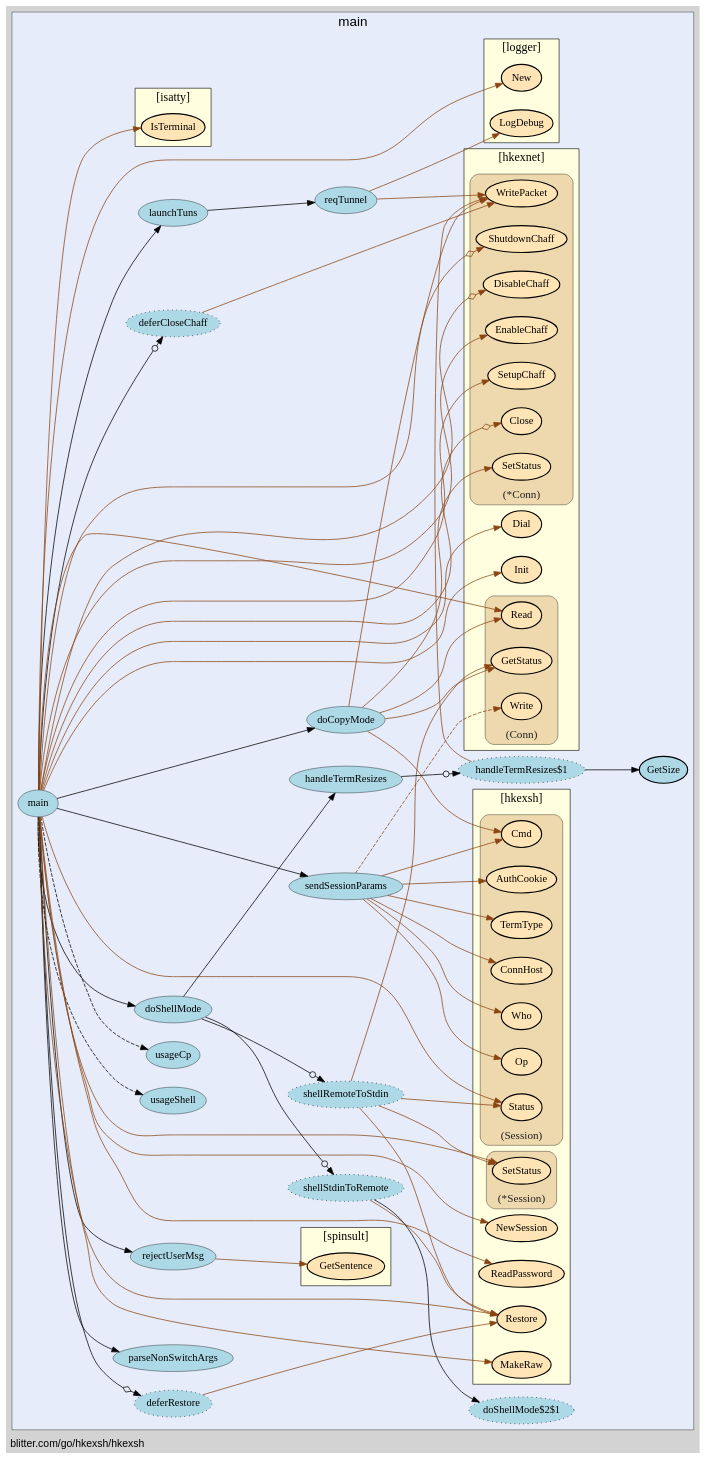
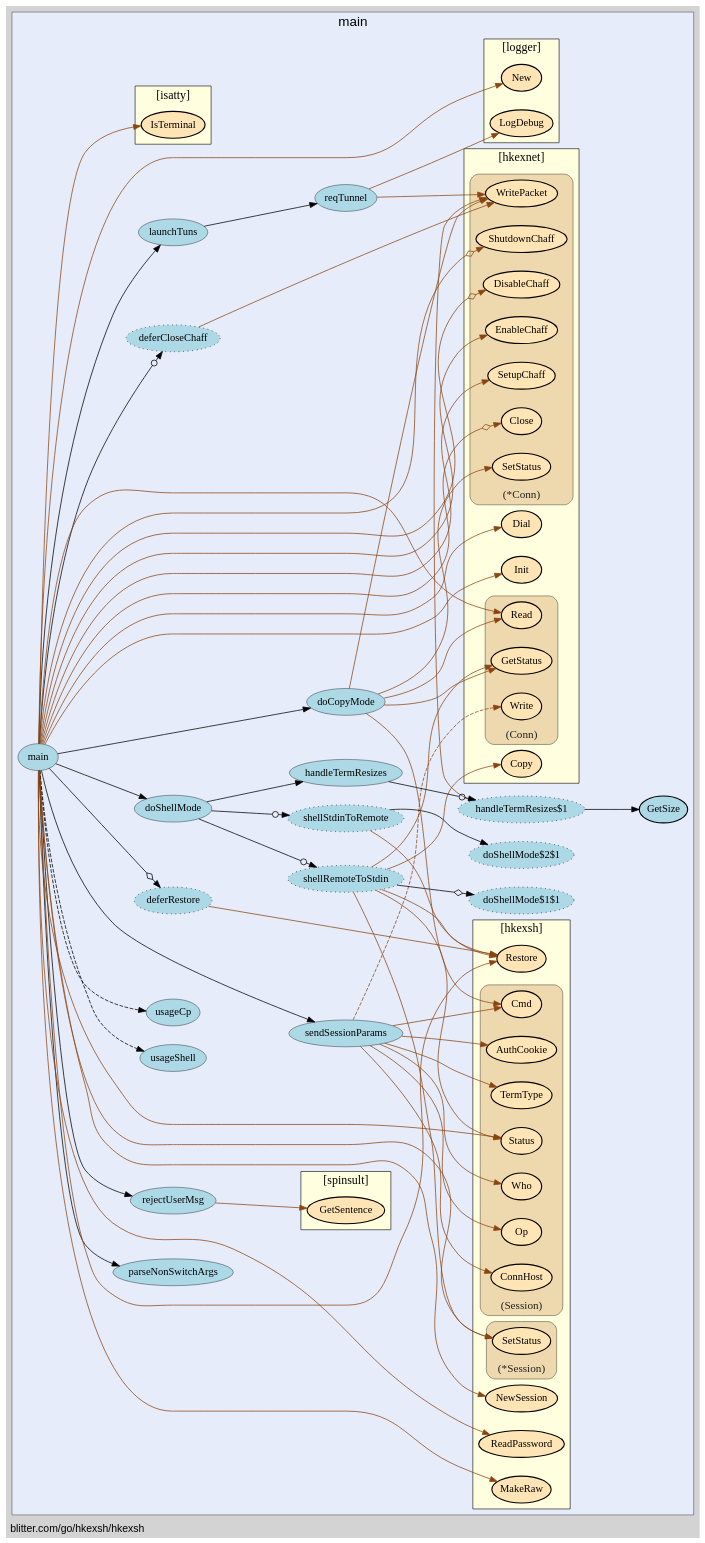
The diagram in hkexsh/hkexsh-vis.gv (isgasho/xs), drawn with Graphviz before and after one commit. The commit also changed 4 other files, not shown here.

Commit message:
Regen of graphviz diagrams

```diff
--- a/hkexsh/hkexsh-vis.gv
+++ b/hkexsh/hkexsh-vis.gv
@@ -14,45 +14,46 @@
     edge [minlen="2"]
 
     subgraph "cluster_focus" {
-        labeljust="c";
+        labelloc="t";
+labeljust="c";
 fontsize="18";
 bgcolor="#e6ecfa";
 label="main";
-labelloc="t";
         
-        "blitter.com/go/hkexsh/hkexsh.doShellMode$2" [ style="dotted,filled" fillcolor="lightblue" label="shellStdinToRemote" ]
-        "blitter.com/go/hkexsh/hkexsh.doShellMode$2$1" [ fillcolor="lightblue" label="doShellMode$2$1" style="dotted,filled" ]
-        "blitter.com/go/hkexsh/hkexsh.main$2" [ fillcolor="lightblue" label="deferCloseChaff" style="dotted,filled" ]
+        "blitter.com/go/hkexsh/hkexsh.reqTunnel" [ fillcolor="lightblue" label="reqTunnel" penwidth="0.5" ]
+        "blitter.com/go/hkexsh/hkexsh.sendSessionParams" [ label="sendSessionParams" penwidth="0.5" fillcolor="lightblue" ]
+        "blitter.com/go/hkexsh/hkexsh.launchTuns" [ fillcolor="lightblue" label="launchTuns" penwidth="0.5" ]
         "blitter.com/go/hkexsh/hkexsh.main" [ fillcolor="lightblue" label="main" penwidth="0.5" ]
         "blitter.com/go/hkexsh/hkexsh.parseNonSwitchArgs" [ fillcolor="lightblue" label="parseNonSwitchArgs" penwidth="0.5" ]
-        "blitter.com/go/hkexsh/hkexsh.main$1" [ style="dotted,filled" fillcolor="lightblue" label="deferRestore" ]
-        "blitter.com/go/hkexsh/hkexsh.sendSessionParams" [ fillcolor="lightblue" label="sendSessionParams" penwidth="0.5" ]
-        "blitter.com/go/hkexsh/hkexsh.rejectUserMsg" [ label="rejectUserMsg" penwidth="0.5" fillcolor="lightblue" ]
-        "blitter.com/go/hkexsh/hkexsh.reqTunnel" [ fillcolor="lightblue" label="reqTunnel" penwidth="0.5" ]
-        "blitter.com/go/hkexsh/hkexsh.launchTuns" [ penwidth="0.5" fillcolor="lightblue" label="launchTuns" ]
-        "blitter.com/go/hkexsh/hkexsh.doShellMode$1" [ style="dotted,filled" fillcolor="lightblue" label="shellRemoteToStdin" ]
-        "blitter.com/go/hkexsh/hkexsh.doShellMode" [ penwidth="0.5" fillcolor="lightblue" label="doShellMode" ]
+        "blitter.com/go/hkexsh/hkexsh.main$1" [ fillcolor="lightblue" label="deferRestore" style="dotted,filled" ]
+        "blitter.com/go/hkexsh/hkexsh.rejectUserMsg" [ fillcolor="lightblue" label="rejectUserMsg" penwidth="0.5" ]
+        "blitter.com/go/hkexsh/hkexsh.main$2" [ fillcolor="lightblue" label="deferCloseChaff" style="dotted,filled" ]
+        "blitter.com/go/hkexsh/hkexsh.doShellMode$1" [ fillcolor="lightblue" label="shellRemoteToStdin" style="dotted,filled" ]
+        "blitter.com/go/hkexsh/hkexsh.doShellMode$1$1" [ fillcolor="lightblue" label="doShellMode$1$1" style="dotted,filled" ]
+        "blitter.com/go/hkexsh/hkexsh.doShellMode" [ fillcolor="lightblue" label="doShellMode" penwidth="0.5" ]
         "blitter.com/go/hkexsh/hkexsh.handleTermResizes$1" [ fillcolor="lightblue" label="handleTermResizes$1" style="dotted,filled" ]
         "blitter.com/go/hkexsh/hkexsh.GetSize" [ fillcolor="lightblue" label="GetSize" penwidth="1.5" ]
         "blitter.com/go/hkexsh/hkexsh.handleTermResizes" [ fillcolor="lightblue" label="handleTermResizes" penwidth="0.5" ]
-        "blitter.com/go/hkexsh/hkexsh.doCopyMode" [ fillcolor="lightblue" label="doCopyMode" penwidth="0.5" ]
-        "blitter.com/go/hkexsh/hkexsh.usageShell" [ fillcolor="lightblue" label="usageShell" penwidth="0.5" ]
+        "blitter.com/go/hkexsh/hkexsh.doShellMode$2" [ fillcolor="lightblue" label="shellStdinToRemote" style="dotted,filled" ]
+        "blitter.com/go/hkexsh/hkexsh.doShellMode$2$1" [ fillcolor="lightblue" label="doShellMode$2$1" style="dotted,filled" ]
+        "blitter.com/go/hkexsh/hkexsh.doCopyMode" [ penwidth="0.5" fillcolor="lightblue" label="doCopyMode" ]
+        "blitter.com/go/hkexsh/hkexsh.usageShell" [ label="usageShell" penwidth="0.5" fillcolor="lightblue" ]
         "blitter.com/go/hkexsh/hkexsh.usageCp" [ fillcolor="lightblue" label="usageCp" penwidth="0.5" ]
         
         subgraph "cluster_blitter.com/go/hkexsh" {
-        URL="/?f=blitter.com/go/hkexsh";
-rank="sink";
-label="[hkexsh]";
+        tooltip="package: blitter.com/go/hkexsh";
+fontsize="16";
 style="filled";
 fillcolor="lightyellow";
 fontname="bold";
-tooltip="package: blitter.com/go/hkexsh";
+rank="sink";
+URL="/?f=blitter.com/go/hkexsh";
 penwidth="0.8";
-fontsize="16";
+label="[hkexsh]";
         
+        "blitter.com/go/hkexsh.MakeRaw" [ penwidth="1.5" fillcolor="moccasin" label="MakeRaw" ]
         "blitter.com/go/hkexsh.Restore" [ label="Restore" penwidth="1.5" fillcolor="moccasin" ]
-        "blitter.com/go/hkexsh.MakeRaw" [ fillcolor="moccasin" label="MakeRaw" penwidth="1.5" ]
-        "blitter.com/go/hkexsh.ReadPassword" [ fillcolor="moccasin" label="ReadPassword" penwidth="1.5" ]
+        "blitter.com/go/hkexsh.ReadPassword" [ label="ReadPassword" penwidth="1.5" fillcolor="moccasin" ]
         "blitter.com/go/hkexsh.NewSession" [ fillcolor="moccasin" label="NewSession" penwidth="1.5" ]
         
         subgraph "cluster_*blitter.com/go/hkexsh.Session" {
@@ -70,21 +71,21 @@
     }
 
         subgraph "cluster_blitter.com/go/hkexsh.Session" {
-        labelloc="b";
+        fontcolor="#222222";
+labelloc="b";
 style="rounded,filled";
 fillcolor="wheat2";
 label="(Session)";
 tooltip="type: blitter.com/go/hkexsh.Session";
 penwidth="0.5";
 fontsize="15";
-fontcolor="#222222";
         
         "(blitter.com/go/hkexsh.Session).Op" [ fillcolor="moccasin" label="Op" penwidth="1.5" ]
         "(blitter.com/go/hkexsh.Session).Who" [ fillcolor="moccasin" label="Who" penwidth="1.5" ]
         "(blitter.com/go/hkexsh.Session).ConnHost" [ fillcolor="moccasin" label="ConnHost" penwidth="1.5" ]
-        "(blitter.com/go/hkexsh.Session).TermType" [ fillcolor="moccasin" label="TermType" penwidth="1.5" ]
+        "(blitter.com/go/hkexsh.Session).TermType" [ label="TermType" penwidth="1.5" fillcolor="moccasin" ]
         "(blitter.com/go/hkexsh.Session).Cmd" [ fillcolor="moccasin" label="Cmd" penwidth="1.5" ]
-        "(blitter.com/go/hkexsh.Session).AuthCookie" [ penwidth="1.5" fillcolor="moccasin" label="AuthCookie" ]
+        "(blitter.com/go/hkexsh.Session).AuthCookie" [ fillcolor="moccasin" label="AuthCookie" penwidth="1.5" ]
         "(blitter.com/go/hkexsh.Session).Status" [ fillcolor="moccasin" label="Status" penwidth="1.5" ]
         
     }
@@ -92,33 +93,34 @@
     }
 
         subgraph "cluster_blitter.com/go/hkexsh/hkexnet" {
-        penwidth="0.8";
-fontsize="16";
-rank="sink";
-tooltip="package: blitter.com/go/hkexsh/hkexnet";
-style="filled";
+        fontsize="16";
 fillcolor="lightyellow";
 fontname="bold";
+rank="sink";
+URL="/?f=blitter.com/go/hkexsh/hkexnet";
+penwidth="0.8";
+style="filled";
 label="[hkexnet]";
-URL="/?f=blitter.com/go/hkexsh/hkexnet";
+tooltip="package: blitter.com/go/hkexsh/hkexnet";
         
         "blitter.com/go/hkexsh/hkexnet.Init" [ fillcolor="moccasin" label="Init" penwidth="1.5" ]
         "blitter.com/go/hkexsh/hkexnet.Dial" [ fillcolor="moccasin" label="Dial" penwidth="1.5" ]
+        "blitter.com/go/hkexsh/hkexnet.Copy" [ fillcolor="moccasin" label="Copy" penwidth="1.5" ]
         
         subgraph "cluster_*blitter.com/go/hkexsh/hkexnet.Conn" {
-        label="(*Conn)";
+        fontcolor="#222222";
+labelloc="b";
+style="rounded,filled";
+fillcolor="wheat2";
+label="(*Conn)";
 tooltip="type: *blitter.com/go/hkexsh/hkexnet.Conn";
 penwidth="0.5";
 fontsize="15";
-fontcolor="#222222";
-labelloc="b";
-style="rounded,filled";
-fillcolor="wheat2";
         
         "(*blitter.com/go/hkexsh/hkexnet.Conn).WritePacket" [ fillcolor="moccasin" label="WritePacket" penwidth="1.5" ]
-        "(*blitter.com/go/hkexsh/hkexnet.Conn).Close" [ fillcolor="moccasin" label="Close" penwidth="1.5" ]
+        "(*blitter.com/go/hkexsh/hkexnet.Conn).Close" [ penwidth="1.5" fillcolor="moccasin" label="Close" ]
         "(*blitter.com/go/hkexsh/hkexnet.Conn).SetupChaff" [ fillcolor="moccasin" label="SetupChaff" penwidth="1.5" ]
-        "(*blitter.com/go/hkexsh/hkexnet.Conn).EnableChaff" [ label="EnableChaff" penwidth="1.5" fillcolor="moccasin" ]
+        "(*blitter.com/go/hkexsh/hkexnet.Conn).EnableChaff" [ fillcolor="moccasin" label="EnableChaff" penwidth="1.5" ]
         "(*blitter.com/go/hkexsh/hkexnet.Conn).DisableChaff" [ label="DisableChaff" penwidth="1.5" fillcolor="moccasin" ]
         "(*blitter.com/go/hkexsh/hkexnet.Conn).ShutdownChaff" [ fillcolor="moccasin" label="ShutdownChaff" penwidth="1.5" ]
         "(*blitter.com/go/hkexsh/hkexnet.Conn).SetStatus" [ fillcolor="moccasin" label="SetStatus" penwidth="1.5" ]
@@ -126,49 +128,49 @@
     }
 
         subgraph "cluster_blitter.com/go/hkexsh/hkexnet.Conn" {
-        fontsize="15";
+        penwidth="0.5";
+fontsize="15";
 fontcolor="#222222";
 labelloc="b";
 style="rounded,filled";
 fillcolor="wheat2";
 label="(Conn)";
 tooltip="type: blitter.com/go/hkexsh/hkexnet.Conn";
-penwidth="0.5";
         
-        "(blitter.com/go/hkexsh/hkexnet.Conn).Write" [ penwidth="1.5" fillcolor="moccasin" label="Write" ]
+        "(blitter.com/go/hkexsh/hkexnet.Conn).Write" [ fillcolor="moccasin" label="Write" penwidth="1.5" ]
         "(blitter.com/go/hkexsh/hkexnet.Conn).Read" [ fillcolor="moccasin" label="Read" penwidth="1.5" ]
-        "(blitter.com/go/hkexsh/hkexnet.Conn).GetStatus" [ fillcolor="moccasin" label="GetStatus" penwidth="1.5" ]
+        "(blitter.com/go/hkexsh/hkexnet.Conn).GetStatus" [ penwidth="1.5" fillcolor="moccasin" label="GetStatus" ]
         
     }
 
     }
 
         subgraph "cluster_blitter.com/go/hkexsh/logger" {
-        rank="sink";
+        penwidth="0.8";
+style="filled";
+label="[logger]";
 URL="/?f=blitter.com/go/hkexsh/logger";
-tooltip="package: blitter.com/go/hkexsh/logger";
-penwidth="0.8";
 fontsize="16";
-style="filled";
 fillcolor="lightyellow";
 fontname="bold";
-label="[logger]";
+rank="sink";
+tooltip="package: blitter.com/go/hkexsh/logger";
         
-        "blitter.com/go/hkexsh/logger.New" [ penwidth="1.5" fillcolor="moccasin" label="New" ]
         "blitter.com/go/hkexsh/logger.LogDebug" [ fillcolor="moccasin" label="LogDebug" penwidth="1.5" ]
+        "blitter.com/go/hkexsh/logger.New" [ fillcolor="moccasin" label="New" penwidth="1.5" ]
         
     }
 
         subgraph "cluster_blitter.com/go/hkexsh/spinsult" {
-        fillcolor="lightyellow";
-fontname="bold";
+        fontname="bold";
 label="[spinsult]";
+URL="/?f=blitter.com/go/hkexsh/spinsult";
 tooltip="package: blitter.com/go/hkexsh/spinsult";
+style="filled";
+fontsize="16";
+fillcolor="lightyellow";
+rank="sink";
 penwidth="0.8";
-fontsize="16";
-style="filled";
-rank="sink";
-URL="/?f=blitter.com/go/hkexsh/spinsult";
         
         "blitter.com/go/hkexsh/spinsult.GetSentence" [ fillcolor="moccasin" label="GetSentence" penwidth="1.5" ]
         
@@ -176,14 +178,14 @@
 
         subgraph "cluster_github.com/mattn/go-isatty" {
         penwidth="0.8";
+fontsize="16";
+fillcolor="lightyellow";
+fontname="bold";
+URL="/?f=github.com/mattn/go-isatty";
 style="filled";
-fillcolor="lightyellow";
-tooltip="package: github.com/mattn/go-isatty";
-fontsize="16";
-fontname="bold";
 rank="sink";
 label="[isatty]";
-URL="/?f=github.com/mattn/go-isatty";
+tooltip="package: github.com/mattn/go-isatty";
         
         "github.com/mattn/go-isatty.IsTerminal" [ fillcolor="moccasin" label="IsTerminal" penwidth="1.5" ]
         
@@ -191,20 +193,8 @@
 
     }
 
-    "blitter.com/go/hkexsh/hkexsh.doShellMode$2" -> "blitter.com/go/hkexsh/hkexsh.doShellMode$2$1" [  ]
-    "blitter.com/go/hkexsh/hkexsh.doShellMode$2" -> "blitter.com/go/hkexsh.Restore" [ color="saddlebrown" ]
-    "blitter.com/go/hkexsh/hkexsh.main$2" -> "(*blitter.com/go/hkexsh/hkexnet.Conn).WritePacket" [ color="saddlebrown" ]
-    "blitter.com/go/hkexsh/hkexsh.main" -> "blitter.com/go/hkexsh/hkexsh.parseNonSwitchArgs" [  ]
-    "blitter.com/go/hkexsh/hkexsh.main" -> "blitter.com/go/hkexsh/logger.New" [ color="saddlebrown" ]
-    "blitter.com/go/hkexsh/hkexsh.main" -> "blitter.com/go/hkexsh/hkexnet.Init" [ color="saddlebrown" ]
-    "blitter.com/go/hkexsh/hkexsh.main" -> "blitter.com/go/hkexsh/hkexnet.Dial" [ color="saddlebrown" ]
-    "blitter.com/go/hkexsh/hkexsh.main" -> "(*blitter.com/go/hkexsh/hkexnet.Conn).Close" [ color="saddlebrown" arrowhead="normalnoneodiamond" ]
-    "blitter.com/go/hkexsh/hkexsh.main" -> "github.com/mattn/go-isatty.IsTerminal" [ color="saddlebrown" ]
-    "blitter.com/go/hkexsh/hkexsh.main" -> "blitter.com/go/hkexsh.MakeRaw" [ color="saddlebrown" ]
-    "blitter.com/go/hkexsh/hkexsh.main$1" -> "blitter.com/go/hkexsh.Restore" [ color="saddlebrown" ]
-    "blitter.com/go/hkexsh/hkexsh.main" -> "blitter.com/go/hkexsh/hkexsh.main$1" [ arrowhead="normalnoneodiamond" ]
-    "blitter.com/go/hkexsh/hkexsh.main" -> "blitter.com/go/hkexsh.ReadPassword" [ color="saddlebrown" ]
-    "blitter.com/go/hkexsh/hkexsh.main" -> "blitter.com/go/hkexsh.NewSession" [ color="saddlebrown" ]
+    "blitter.com/go/hkexsh/hkexsh.reqTunnel" -> "blitter.com/go/hkexsh/logger.LogDebug" [ color="saddlebrown" ]
+    "blitter.com/go/hkexsh/hkexsh.reqTunnel" -> "(*blitter.com/go/hkexsh/hkexnet.Conn).WritePacket" [ color="saddlebrown" ]
     "blitter.com/go/hkexsh/hkexsh.sendSessionParams" -> "(blitter.com/go/hkexsh.Session).Op" [ color="saddlebrown" ]
     "blitter.com/go/hkexsh/hkexsh.sendSessionParams" -> "(blitter.com/go/hkexsh.Session).Who" [ color="saddlebrown" ]
     "blitter.com/go/hkexsh/hkexsh.sendSessionParams" -> "(blitter.com/go/hkexsh.Session).ConnHost" [ color="saddlebrown" ]
@@ -212,6 +202,18 @@
     "blitter.com/go/hkexsh/hkexsh.sendSessionParams" -> "(blitter.com/go/hkexsh.Session).Cmd" [ color="saddlebrown" ]
     "blitter.com/go/hkexsh/hkexsh.sendSessionParams" -> "(blitter.com/go/hkexsh.Session).AuthCookie" [ color="saddlebrown" ]
     "blitter.com/go/hkexsh/hkexsh.sendSessionParams" -> "(blitter.com/go/hkexsh/hkexnet.Conn).Write" [ style="dashed" color="saddlebrown" ]
+    "blitter.com/go/hkexsh/hkexsh.launchTuns" -> "blitter.com/go/hkexsh/hkexsh.reqTunnel" [  ]
+    "blitter.com/go/hkexsh/hkexsh.main" -> "blitter.com/go/hkexsh/hkexsh.parseNonSwitchArgs" [  ]
+    "blitter.com/go/hkexsh/hkexsh.main" -> "blitter.com/go/hkexsh/logger.New" [ color="saddlebrown" ]
+    "blitter.com/go/hkexsh/hkexsh.main" -> "blitter.com/go/hkexsh/hkexnet.Init" [ color="saddlebrown" ]
+    "blitter.com/go/hkexsh/hkexsh.main" -> "blitter.com/go/hkexsh/hkexnet.Dial" [ color="saddlebrown" ]
+    "blitter.com/go/hkexsh/hkexsh.main" -> "(*blitter.com/go/hkexsh/hkexnet.Conn).Close" [ arrowhead="normalnoneodiamond" color="saddlebrown" ]
+    "blitter.com/go/hkexsh/hkexsh.main" -> "github.com/mattn/go-isatty.IsTerminal" [ color="saddlebrown" ]
+    "blitter.com/go/hkexsh/hkexsh.main" -> "blitter.com/go/hkexsh.MakeRaw" [ color="saddlebrown" ]
+    "blitter.com/go/hkexsh/hkexsh.main$1" -> "blitter.com/go/hkexsh.Restore" [ color="saddlebrown" ]
+    "blitter.com/go/hkexsh/hkexsh.main" -> "blitter.com/go/hkexsh/hkexsh.main$1" [ arrowhead="normalnoneodiamond" ]
+    "blitter.com/go/hkexsh/hkexsh.main" -> "blitter.com/go/hkexsh.ReadPassword" [ color="saddlebrown" ]
+    "blitter.com/go/hkexsh/hkexsh.main" -> "blitter.com/go/hkexsh.NewSession" [ color="saddlebrown" ]
     "blitter.com/go/hkexsh/hkexsh.main" -> "blitter.com/go/hkexsh/hkexsh.sendSessionParams" [  ]
     "blitter.com/go/hkexsh/hkexsh.main" -> "(blitter.com/go/hkexsh/hkexnet.Conn).Read" [ color="saddlebrown" ]
     "blitter.com/go/hkexsh/hkexsh.main" -> "(*blitter.com/go/hkexsh.Session).SetStatus" [ color="saddlebrown" ]
@@ -219,13 +221,13 @@
     "blitter.com/go/hkexsh/hkexsh.main" -> "blitter.com/go/hkexsh/hkexsh.rejectUserMsg" [  ]
     "blitter.com/go/hkexsh/hkexsh.main" -> "(*blitter.com/go/hkexsh/hkexnet.Conn).SetupChaff" [ color="saddlebrown" ]
     "blitter.com/go/hkexsh/hkexsh.main" -> "(*blitter.com/go/hkexsh/hkexnet.Conn).EnableChaff" [ color="saddlebrown" ]
-    "blitter.com/go/hkexsh/hkexsh.main" -> "(*blitter.com/go/hkexsh/hkexnet.Conn).DisableChaff" [ color="saddlebrown" arrowhead="normalnoneodiamond" ]
+    "blitter.com/go/hkexsh/hkexsh.main" -> "(*blitter.com/go/hkexsh/hkexnet.Conn).DisableChaff" [ arrowhead="normalnoneodiamond" color="saddlebrown" ]
     "blitter.com/go/hkexsh/hkexsh.main" -> "(*blitter.com/go/hkexsh/hkexnet.Conn).ShutdownChaff" [ arrowhead="normalnoneodiamond" color="saddlebrown" ]
+    "blitter.com/go/hkexsh/hkexsh.main$2" -> "(*blitter.com/go/hkexsh/hkexnet.Conn).WritePacket" [ color="saddlebrown" ]
     "blitter.com/go/hkexsh/hkexsh.main" -> "blitter.com/go/hkexsh/hkexsh.main$2" [ arrowhead="normalnoneodot" ]
-    "blitter.com/go/hkexsh/hkexsh.reqTunnel" -> "blitter.com/go/hkexsh/logger.LogDebug" [ color="saddlebrown" ]
-    "blitter.com/go/hkexsh/hkexsh.reqTunnel" -> "(*blitter.com/go/hkexsh/hkexnet.Conn).WritePacket" [ color="saddlebrown" ]
-    "blitter.com/go/hkexsh/hkexsh.launchTuns" -> "blitter.com/go/hkexsh/hkexsh.reqTunnel" [  ]
     "blitter.com/go/hkexsh/hkexsh.main" -> "blitter.com/go/hkexsh/hkexsh.launchTuns" [  ]
+    "blitter.com/go/hkexsh/hkexsh.doShellMode$1" -> "blitter.com/go/hkexsh/hkexsh.doShellMode$1$1" [ arrowhead="normalnoneodiamond" ]
+    "blitter.com/go/hkexsh/hkexsh.doShellMode$1" -> "blitter.com/go/hkexsh/hkexnet.Copy" [ color="saddlebrown" ]
     "blitter.com/go/hkexsh/hkexsh.doShellMode$1" -> "blitter.com/go/hkexsh.Restore" [ color="saddlebrown" ]
     "blitter.com/go/hkexsh/hkexsh.doShellMode$1" -> "(blitter.com/go/hkexsh/hkexnet.Conn).GetStatus" [ color="saddlebrown" ]
     "blitter.com/go/hkexsh/hkexsh.doShellMode$1" -> "(*blitter.com/go/hkexsh.Session).SetStatus" [ color="saddlebrown" ]
@@ -235,6 +237,8 @@
     "blitter.com/go/hkexsh/hkexsh.handleTermResizes$1" -> "(*blitter.com/go/hkexsh/hkexnet.Conn).WritePacket" [ color="saddlebrown" ]
     "blitter.com/go/hkexsh/hkexsh.handleTermResizes" -> "blitter.com/go/hkexsh/hkexsh.handleTermResizes$1" [ arrowhead="normalnoneodot" ]
     "blitter.com/go/hkexsh/hkexsh.doShellMode" -> "blitter.com/go/hkexsh/hkexsh.handleTermResizes" [  ]
+    "blitter.com/go/hkexsh/hkexsh.doShellMode$2" -> "blitter.com/go/hkexsh/hkexsh.doShellMode$2$1" [  ]
+    "blitter.com/go/hkexsh/hkexsh.doShellMode$2" -> "blitter.com/go/hkexsh.Restore" [ color="saddlebrown" ]
     "blitter.com/go/hkexsh/hkexsh.doShellMode" -> "blitter.com/go/hkexsh/hkexsh.doShellMode$2" [ arrowhead="normalnoneodot" ]
     "blitter.com/go/hkexsh/hkexsh.main" -> "blitter.com/go/hkexsh/hkexsh.doShellMode" [  ]
     "blitter.com/go/hkexsh/hkexsh.main" -> "(blitter.com/go/hkexsh.Session).Status" [ color="saddlebrown" ]
```
